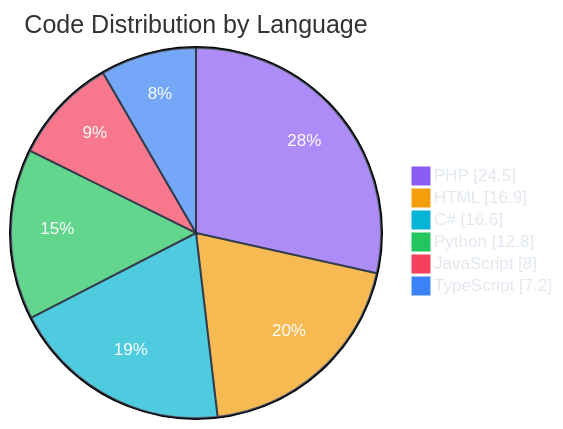
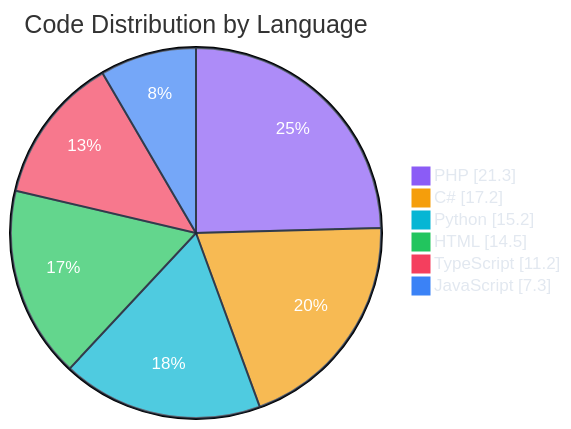
One commit to polo-nyan/polo-nyan changed the second of 7 diagrams in README.md. Above: the diagram before and after it, drawn with Mermaid. The commit also changed other lines of this file and 1 other file, not shown here.

````diff
--- a/README.md
+++ b/README.md
@@ -229,11 +229,11 @@
 ```mermaid
 %%{init: {"theme": "base", "themeVariables": { "pie1": "#8b5cf6", "pie2": "#f59e0b", "pie3": "#06b6d4", "pie4": "#22c55e", "pie5": "#f43f5e", "pie6": "#3b82f6", "pie7": "#ec4899", "pieTextColor": "#ffffff", "pieLegendTextColor": "#e2e8f0", "pieSectionTextColor": "#ffffff", "pieStrokeColor": "#1e293b" }}}%%
 pie showData
     title Code Distribution by Language
-    "PHP" : 24.5
-    "HTML" : 16.9
-    "C#" : 16.6
-    "Python" : 12.8
-    "JavaScript" : 8.0
-    "TypeScript" : 7.2
+    "PHP" : 21.3
+    "C#" : 17.2
+    "Python" : 15.2
+    "HTML" : 14.5
+    "TypeScript" : 11.2
+    "JavaScript" : 7.3
 ```
````
